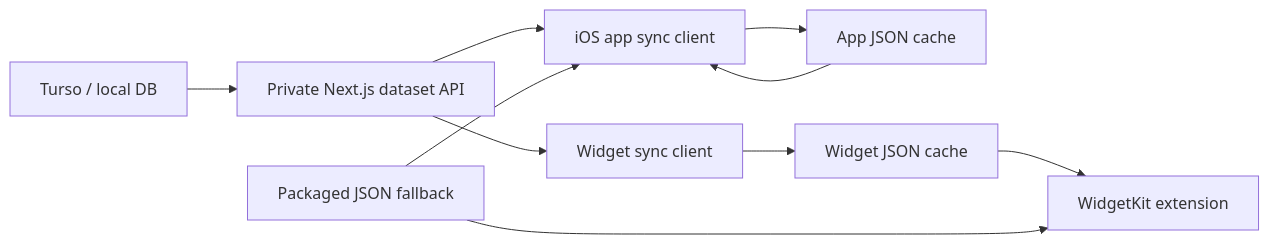
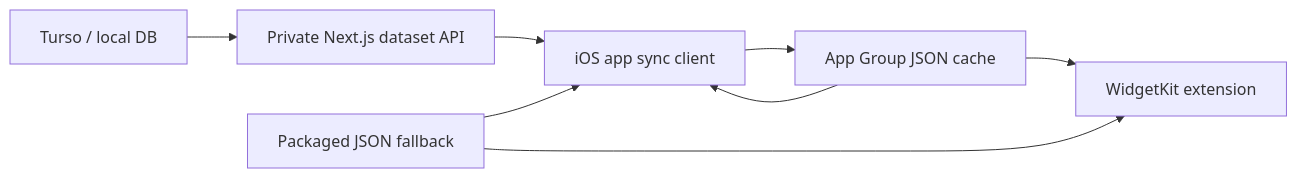
One commit to andreabbelli-glitch/japanese-pretrainer changed the diagram in docs/superpowers/specs/2026-06-11-daily-kanji-ios-smart-sync-design.md. Above: the diagram before and after it, drawn with Mermaid. The commit also changed other lines of this file and 13 other files, not shown here.

Commit message:
Sync Daily Kanji iOS dataset on app activation

````diff
--- a/docs/superpowers/specs/2026-06-11-daily-kanji-ios-smart-sync-design.md
+++ b/docs/superpowers/specs/2026-06-11-daily-kanji-ios-smart-sync-design.md
@@ -40,12 +39,10 @@
 ```mermaid
 flowchart LR
   DB["Turso / local DB"] --> API["Private Next.js dataset API"]
   API --> APP["iOS app sync client"]
-  API --> WIDGETSYNC["Widget sync client"]
-  APP --> APPCACHE["App JSON cache"]
-  WIDGETSYNC --> WIDGETCACHE["Widget JSON cache"]
-  APPCACHE --> APP
-  WIDGETCACHE --> WIDGET["WidgetKit extension"]
+  APP --> SHAREDCACHE["App Group JSON cache"]
+  SHAREDCACHE --> APP
+  SHAREDCACHE --> WIDGET["WidgetKit extension"]
   BUNDLE["Packaged JSON fallback"] --> APP
   BUNDLE --> WIDGET
 ```
````
